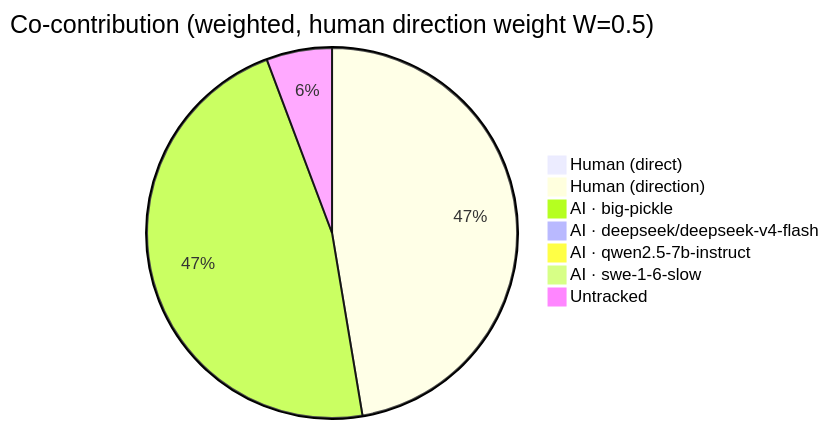
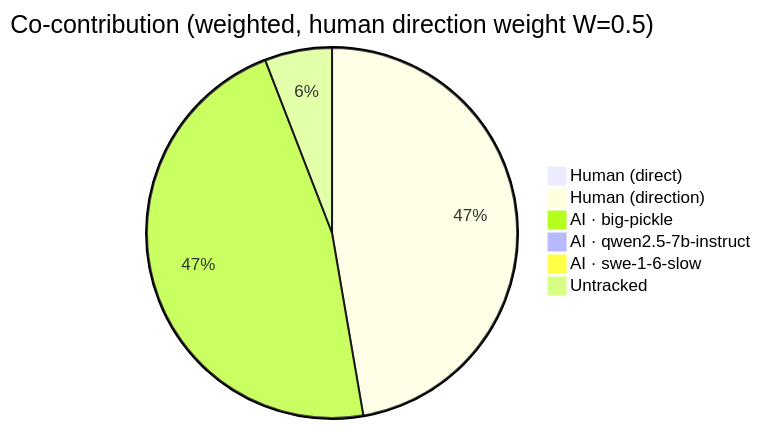
Before and after one commit to CaliMark/game-of-life: the first of 5 diagrams in AI-AUTHORSHIP.md, drawn with Mermaid. The commit also changed other lines of this file and 1 other file, not shown here.

````diff
--- a/AI-AUTHORSHIP.md
+++ b/AI-AUTHORSHIP.md
@@ -23,10 +23,9 @@
 ```mermaid
 pie title Co-contribution (weighted, human direction weight W=0.5)
     "Human (direct)" : 1
     "Human (direction)" : 306
     "AI · big-pickle" : 303
-    "AI · deepseek/deepseek-v4-flash" : 1
     "AI · qwen2.5-7b-instruct" : 1
     "AI · swe-1-6-slow" : 1
-    "Untracked" : 37
+    "Untracked" : 38
 ```
````
